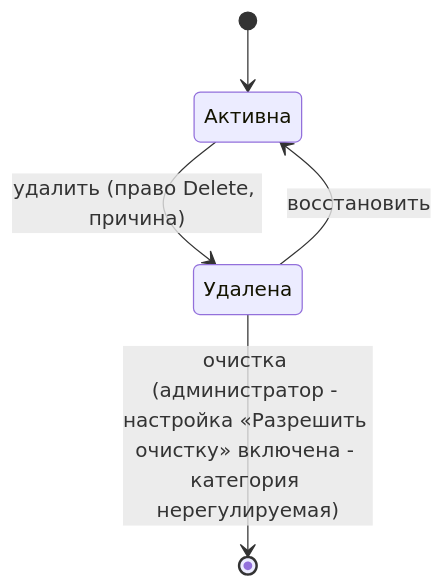
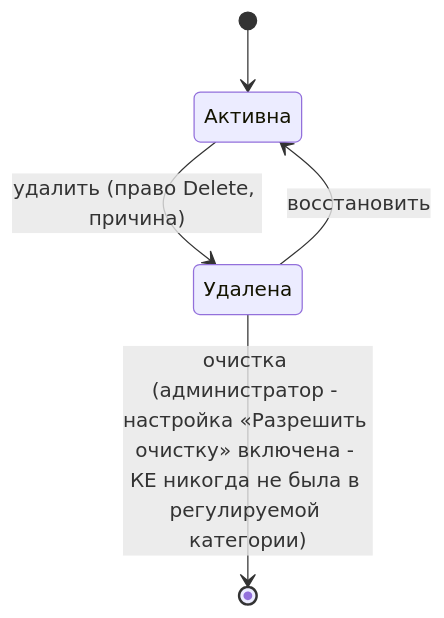
Before and after one commit to vmeaning/KE: the second of 4 diagrams in docs/requirements/domain-model.md, drawn with Mermaid. The commit also changed other lines of this file and 12 other files, not shown here.

````diff
--- a/docs/requirements/domain-model.md
+++ b/docs/requirements/domain-model.md
@@ -421,7 +432,7 @@
 ```mermaid
 stateDiagram-v2
     [*] --> Активна
     Активна --> Удалена: удалить (право Delete, причина)
     Удалена --> Активна: восстановить
-    Удалена --> [*]: очистка (администратор - настройка «Разрешить очистку» включена - категория нерегулируемая)
+    Удалена --> [*]: очистка (администратор - настройка «Разрешить очистку» включена - КЕ никогда не была в регулируемой категории)
 ```
````
